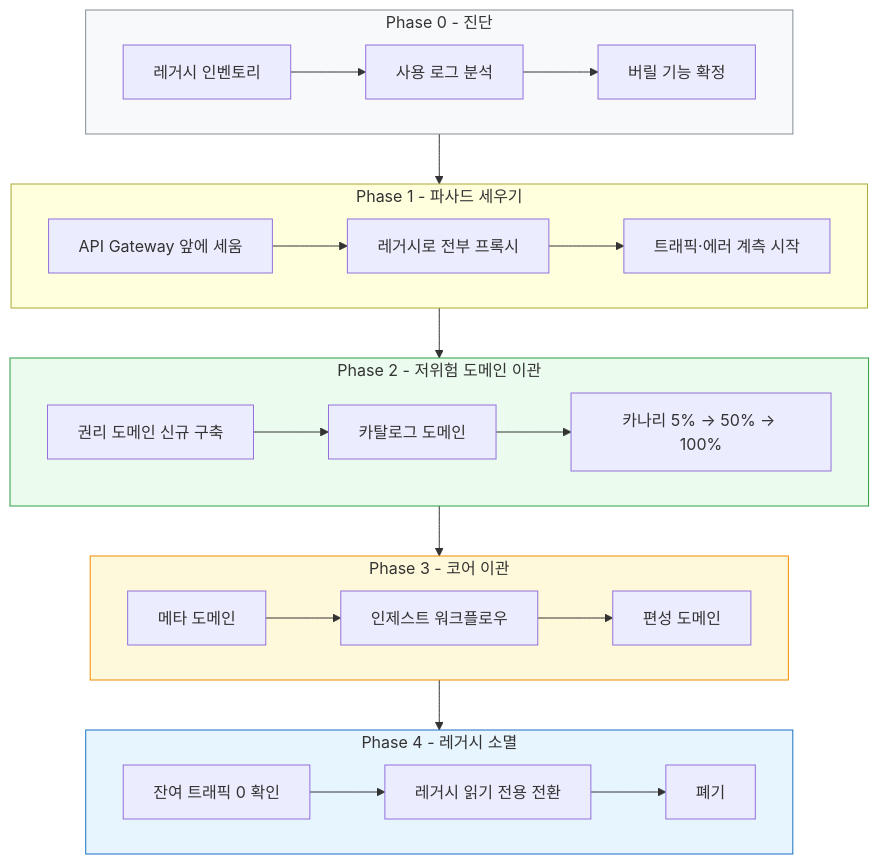
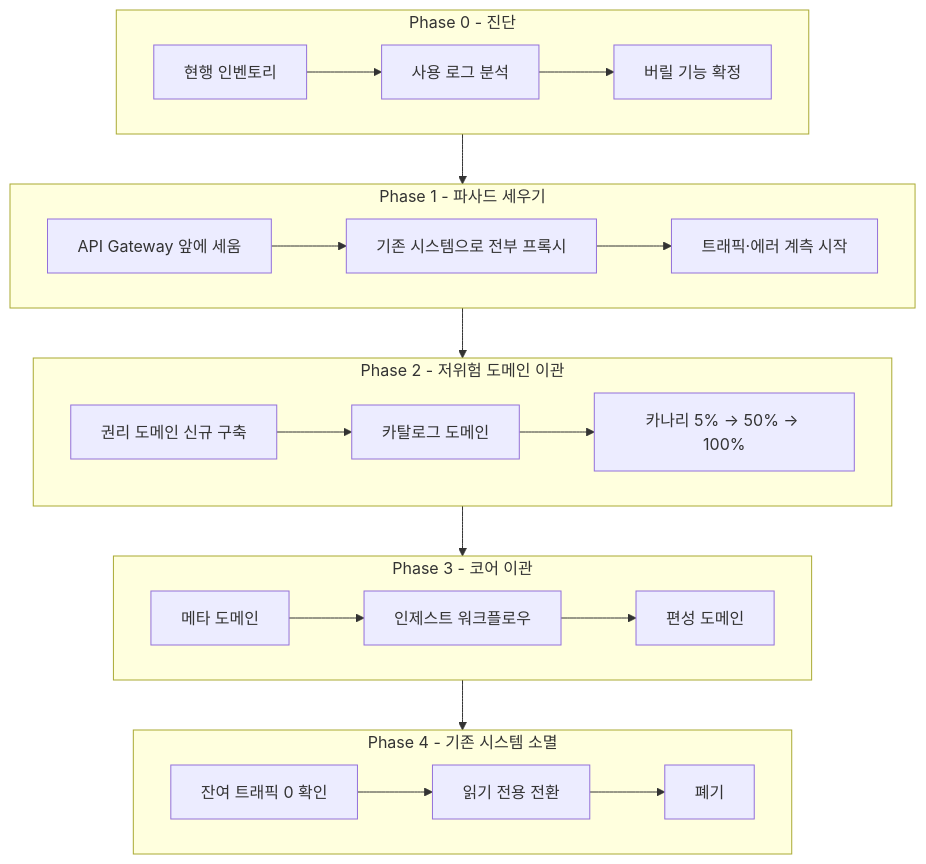
One commit to withwooyong/withwooyong.github.io changed diagram 17 of 20 in pages/product-lead-loadmap/01_CMS.md. Above: the diagram before and after it, drawn with Mermaid. The commit also changed other lines of this file and 16 other files, not shown here.

````diff
--- a/pages/product-lead-loadmap/01_CMS.md
+++ b/pages/product-lead-loadmap/01_CMS.md
@@ -1092,34 +1104,29 @@
 ```mermaid
-flowchart TB
+flowchart TD
     subgraph PH0["Phase 0 - 진단"]
         direction LR
-        P01["레거시 인벤토리"] --> P02["사용 로그 분석"] --> P03["버릴 기능 확정"]
+        P01["현행 인벤토리"] --> P02["사용 로그 분석"] --> P03["버릴 기능 확정"]
     end
 
     subgraph PH1["Phase 1 - 파사드 세우기"]
         direction LR
-        P11["API Gateway 앞에 세움"] --> P12["레거시로 전부 프록시"] --> P13["트래픽·에러 계측 시작"]
+        P11["API Gateway 앞에 세움"] --> P12["기존 시스템으로 전부 프록시"] --> P13["트래픽·에러 계측 시작"]
     end
 
     subgraph PH2["Phase 2 - 저위험 도메인 이관"]
         direction LR
         P21["권리 도메인 신규 구축"] --> P22["카탈로그 도메인"] --> P23["카나리 5% → 50% → 100%"]
     end
 
     subgraph PH3["Phase 3 - 코어 이관"]
         direction LR
         P31["메타 도메인"] --> P32["인제스트 워크플로우"] --> P33["편성 도메인"]
     end
 
-    subgraph PH4["Phase 4 - 레거시 소멸"]
+    subgraph PH4["Phase 4 - 기존 시스템 소멸"]
         direction LR
-        P41["잔여 트래픽 0 확인"] --> P42["레거시 읽기 전용 전환"] --> P43["폐기"]
+        P41["잔여 트래픽 0 확인"] --> P42["읽기 전용 전환"] --> P43["폐기"]
     end
 
     PH0 --> PH1 --> PH2 --> PH3 --> PH4
-
-    style PH0 fill:#f8f9fa,stroke:#868e96
-    style PH2 fill:#ebfbee,stroke:#2f9e44
-    style PH3 fill:#fff9db,stroke:#f08c00
-    style PH4 fill:#e7f5ff,stroke:#1971c2
 ```
````
